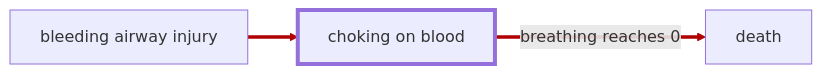
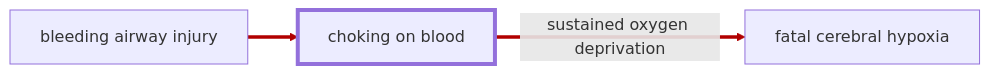
One commit to TkabRft/rimworld-more-injuries changed the first of 2 diagrams in docs/wiki/injuries/choking.md. Above: the diagram before and after it, drawn with Mermaid. The commit also changed other lines of this file and 4 other files, not shown here.

````diff
--- a/docs/wiki/injuries/choking.md
+++ b/docs/wiki/injuries/choking.md
@@ -16,13 +14,13 @@
 ```mermaid
 ---
 config:
   flowchart:
     htmlLabels: true
 ---
 flowchart LR
   bleeding[bleeding airway injury] ==> choking_on_blood[choking on blood]
-  choking_on_blood ==> | breathing reaches 0 | death[death]
+  choking_on_blood ==> | sustained oxygen deprivation | death[fatal cerebral hypoxia]
 
   linkStyle 0,1 stroke: #b10000
   style choking_on_blood stroke-width: 4px
 ```
````
